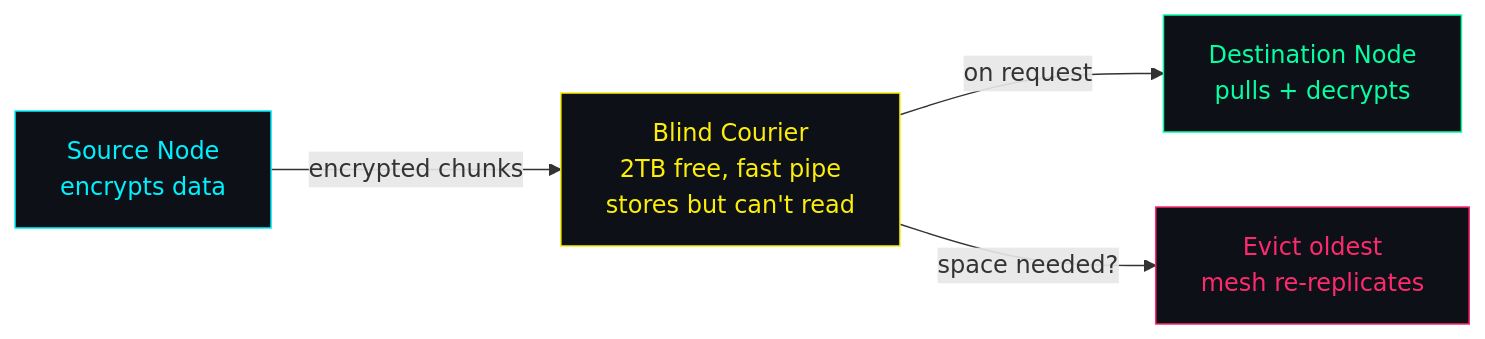
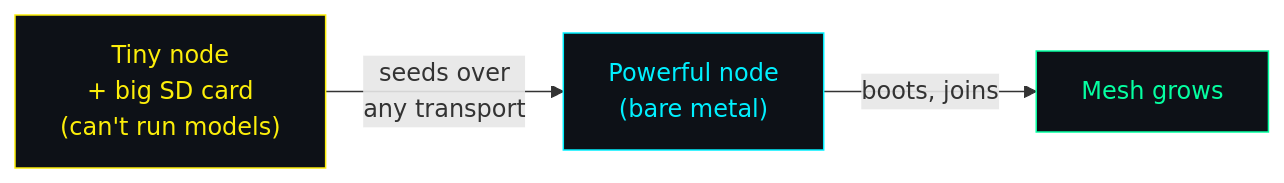
The third of 3 diagrams in README.md (Valpatel/tritium), drawn with Mermaid before and after one commit. The commit also changed other lines of this file, not shown here.

````diff
--- a/README.md
+++ b/README.md
@@ -252,13 +92,10 @@
 ```mermaid
 graph LR
-    SRC["Source Node<br/>encrypts data"]
-    -->|"encrypted chunks"| COURIER["Blind Courier<br/>2TB free, fast pipe<br/>stores but can't read"]
-    -->|"on request"| DEST["Destination Node<br/>pulls + decrypts"]
+    V["Tiny node<br/>+ big SD card<br/>(can't run models)"]
+    -->|"seeds over<br/>any transport"| J["Powerful node<br/>(bare metal)"]
+    -->|"boots, joins"| M["Mesh grows"]
 
-    COURIER -->|"space needed?"| EVICT["Evict oldest<br/>mesh re-replicates"]
-
-    style SRC fill:#0d1117,stroke:#00f0ff,color:#00f0ff
-    style COURIER fill:#0d1117,stroke:#fcee0a,color:#fcee0a
-    style DEST fill:#0d1117,stroke:#05ffa1,color:#05ffa1
-    style EVICT fill:#0d1117,stroke:#ff2a6d,color:#ff2a6d
+    style V fill:#0d1117,stroke:#fcee0a,color:#fcee0a
+    style J fill:#0d1117,stroke:#00f0ff,color:#00f0ff
+    style M fill:#0d1117,stroke:#05ffa1,color:#05ffa1
 ```
````
